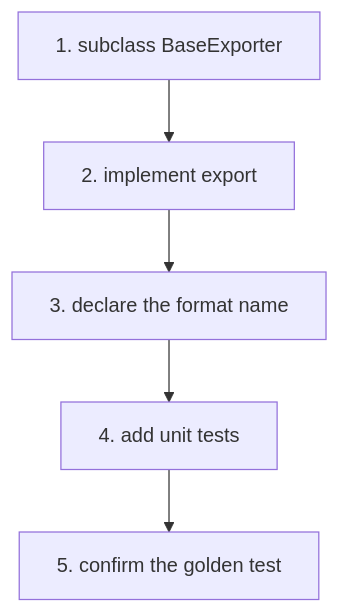
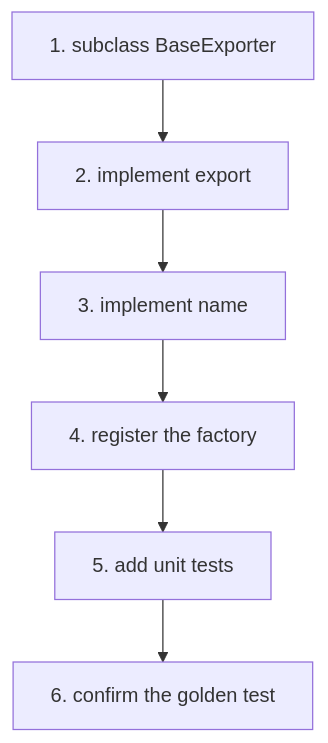
One commit to kpubdata-lab/kpubdata-builder changed the third of 3 diagrams in AGENTS.md. Above: the diagram before and after it, drawn with Mermaid. The commit also changed other lines of this file and 2 other files, not shown here.

First line of the commit message:
docs(agents): name only the release inputs, checks and contracts that exist

````diff
--- a/AGENTS.md
+++ b/AGENTS.md
@@ -323,7 +328,8 @@
 ```mermaid
 flowchart TD
     Step1[1. subclass BaseExporter] --> Step2[2. implement export]
-    Step2 --> Step3[3. declare the format name]
-    Step3 --> Step4[4. add unit tests]
-    Step4 --> Step5[5. confirm the golden test]
+    Step2 --> Step3[3. implement name]
+    Step3 --> Step4[4. register the factory]
+    Step4 --> Step5[5. add unit tests]
+    Step5 --> Step6[6. confirm the golden test]
 ```
````
